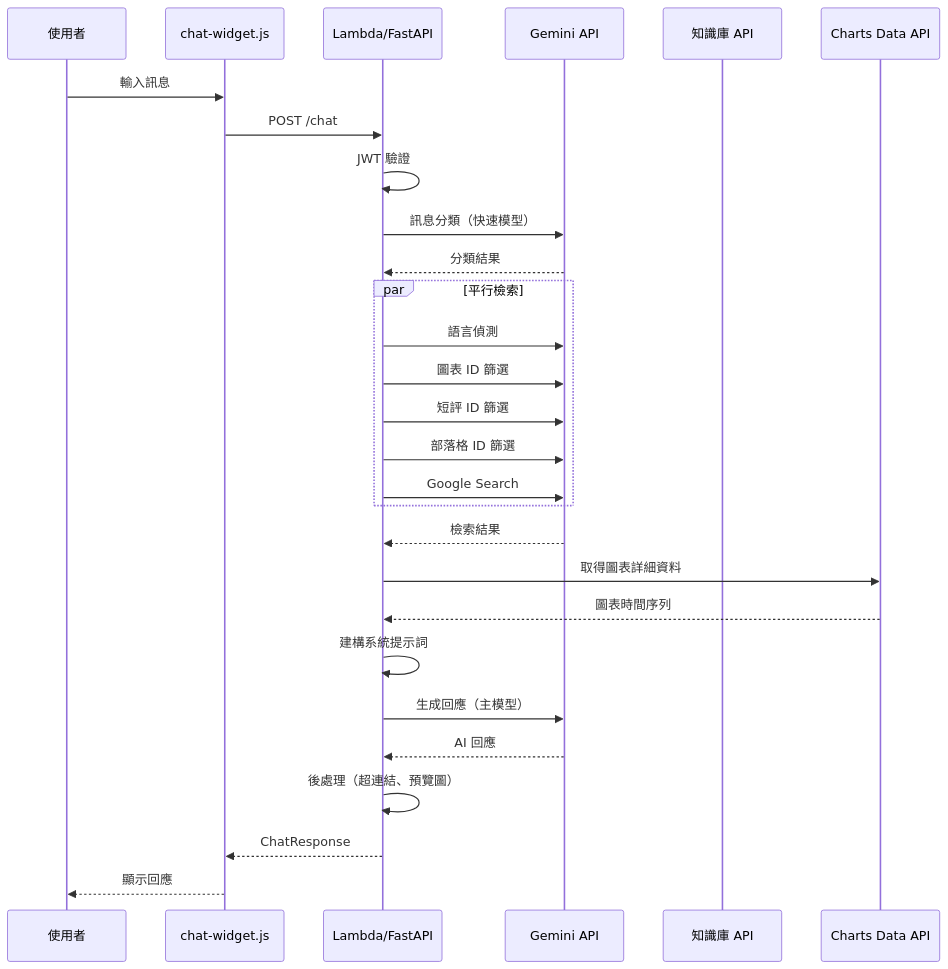
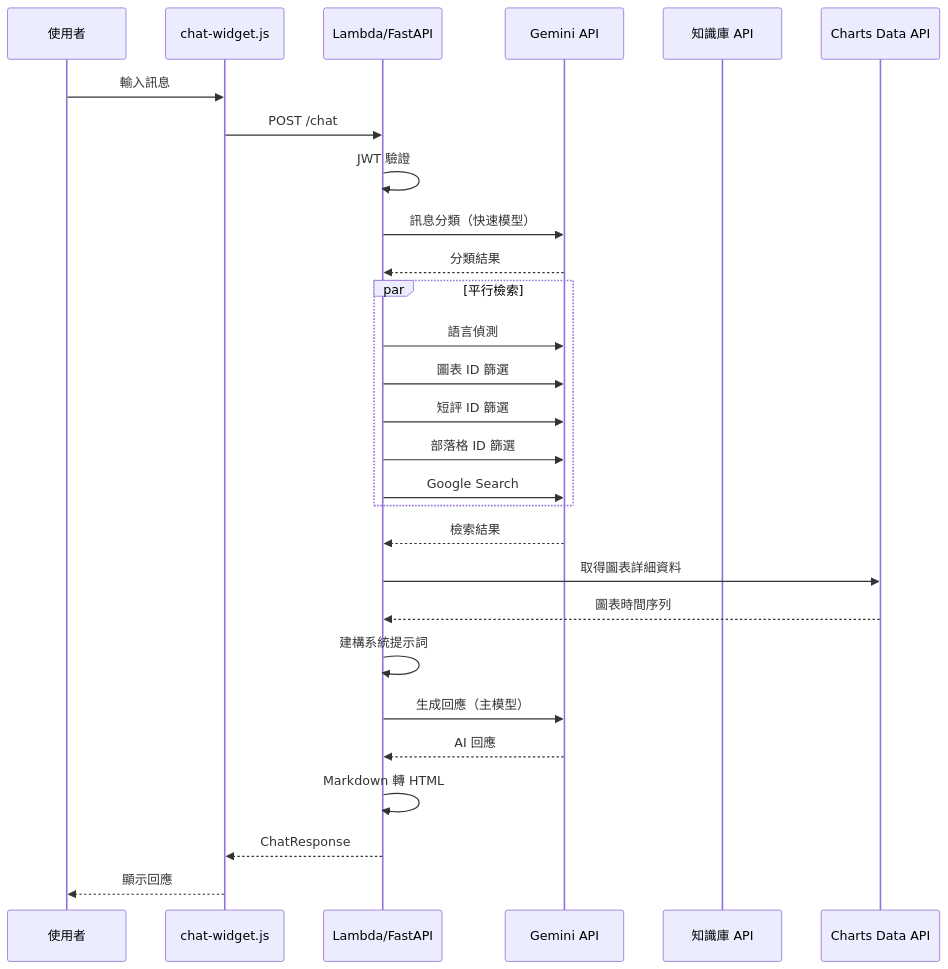
Before and after one commit to x1001000/mm-madam-aws: the fifth of 6 diagrams in ARCHITECTURE.md, drawn with Mermaid. The commit also changed other lines of this file and 1 other file, not shown here.

First line of the commit message:
Update README.md and ARCHITECTURE.md to reflect recent changes

````diff
--- a/ARCHITECTURE.md
+++ b/ARCHITECTURE.md
@@ -282,37 +286,37 @@
 ```mermaid
 sequenceDiagram
     participant U as 使用者
     participant W as chat-widget.js
     participant L as Lambda/FastAPI
     participant G as Gemini API
     participant K as 知識庫 API
     participant D as Charts Data API
 
     U->>W: 輸入訊息
     W->>L: POST /chat
 
     L->>L: JWT 驗證
     L->>G: 訊息分類（快速模型）
     G-->>L: 分類結果
 
     par 平行檢索
         L->>G: 語言偵測
         L->>G: 圖表 ID 篩選
         L->>G: 短評 ID 篩選
         L->>G: 部落格 ID 篩選
         L->>G: Google Search
     end
 
     G-->>L: 檢索結果
 
     L->>D: 取得圖表詳細資料
     D-->>L: 圖表時間序列
 
     L->>L: 建構系統提示詞
     L->>G: 生成回應（主模型）
     G-->>L: AI 回應
 
-    L->>L: 後處理（超連結、預覽圖）
+    L->>L: Markdown 轉 HTML
     L-->>W: ChatResponse
     W-->>U: 顯示回應
 ```
````
